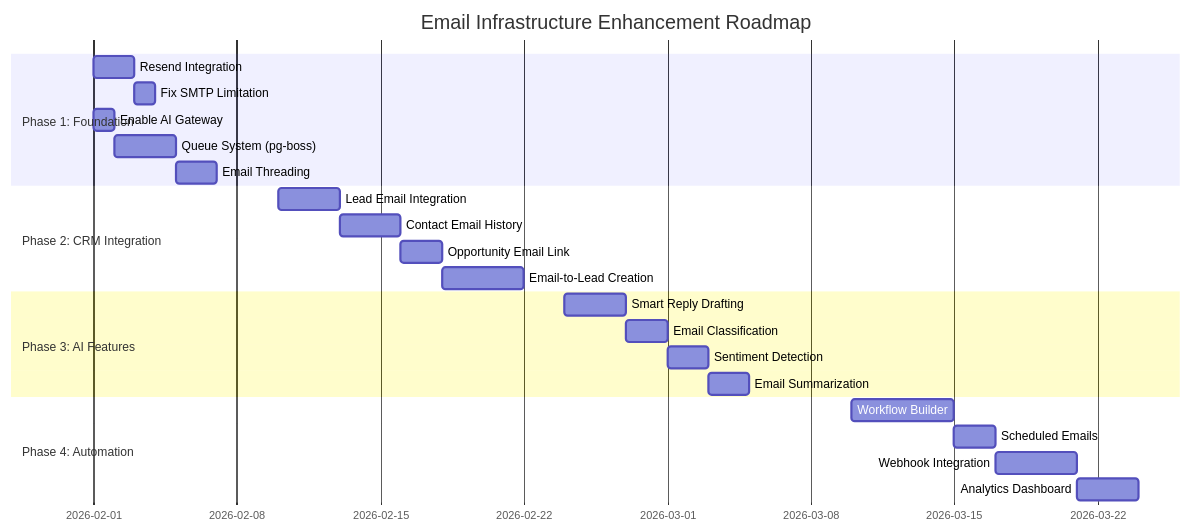
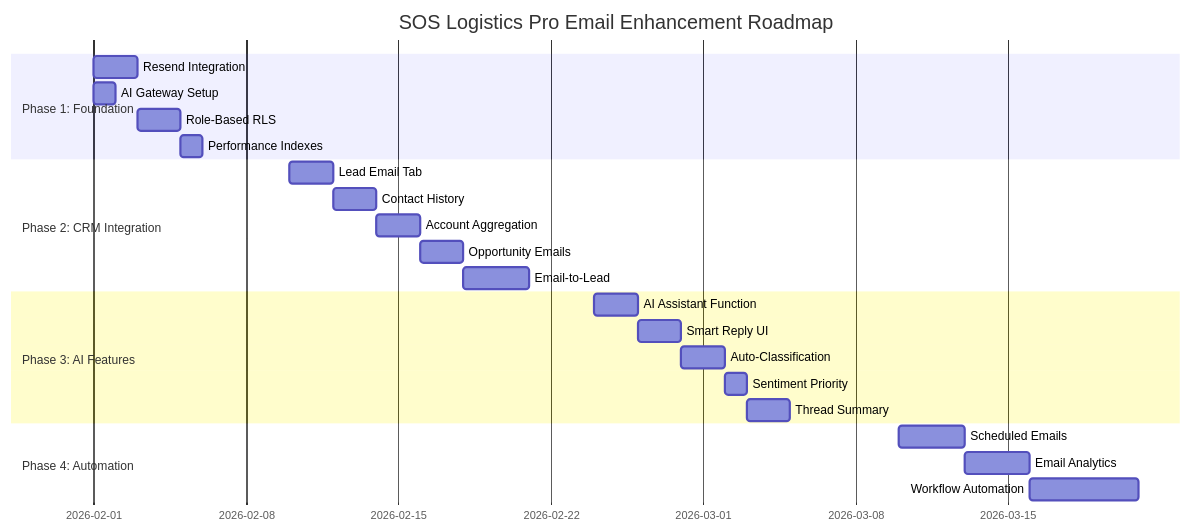
Before and after one commit to vageesha-vaishya/logic-nexus-ai: the diagram in documentation/EMAIL_INFRASTRUCTURE_ANALYSIS.md, drawn with Mermaid. The commit also changed other lines of this file and 1 other file, not shown here.

````diff
--- a/documentation/EMAIL_INFRASTRUCTURE_ANALYSIS.md
+++ b/documentation/EMAIL_INFRASTRUCTURE_ANALYSIS.md
@@ -493,30 +1121,30 @@
 ```mermaid
 gantt
-    title Email Infrastructure Enhancement Roadmap
+    title SOS Logistics Pro Email Enhancement Roadmap
     dateFormat  YYYY-MM-DD
     
     section Phase 1: Foundation
-    Resend Integration           :p1a, 2026-02-01, 2d
-    Fix SMTP Limitation          :p1b, after p1a, 1d
-    Enable AI Gateway            :p1c, 2026-02-01, 1d
-    Queue System (pg-boss)       :p1d, after p1c, 3d
-    Email Threading              :p1e, after p1d, 2d
+    Resend Integration       :p1a, 2026-02-01, 2d
+    AI Gateway Setup         :p1b, 2026-02-01, 1d
+    Role-Based RLS           :p1c, 2026-02-03, 2d
+    Performance Indexes      :p1d, 2026-02-05, 1d
     
     section Phase 2: CRM Integration
-    Lead Email Integration       :p2a, 2026-02-10, 3d
-    Contact Email History        :p2b, after p2a, 3d
-    Opportunity Email Link       :p2c, after p2b, 2d
-    Email-to-Lead Creation       :p2d, after p2c, 4d
+    Lead Email Tab           :p2a, 2026-02-10, 2d
+    Contact History          :p2b, after p2a, 2d
+    Account Aggregation      :p2c, after p2b, 2d
+    Opportunity Emails       :p2d, after p2c, 2d
+    Email-to-Lead            :p2e, after p2d, 3d
     
     section Phase 3: AI Features
-    Smart Reply Drafting         :p3a, 2026-02-24, 3d
-    Email Classification         :p3b, after p3a, 2d
-    Sentiment Detection          :p3c, after p3b, 2d
-    Email Summarization          :p3d, after p3c, 2d
+    AI Assistant Function    :p3a, 2026-02-24, 2d
+    Smart Reply UI           :p3b, after p3a, 2d
+    Auto-Classification      :p3c, after p3b, 2d
+    Sentiment Priority       :p3d, after p3c, 1d
+    Thread Summary           :p3e, after p3d, 2d
     
     section Phase 4: Automation
-    Workflow Builder             :p4a, 2026-03-10, 5d
-    Scheduled Emails             :p4b, after p4a, 2d
-    Webhook Integration          :p4c, after p4b, 4d
-    Analytics Dashboard          :p4d, after p4c, 3d
+    Scheduled Emails         :p4a, 2026-03-10, 3d
+    Email Analytics          :p4b, after p4a, 3d
+    Workflow Automation      :p4c, after p4b, 5d
 ```
````
